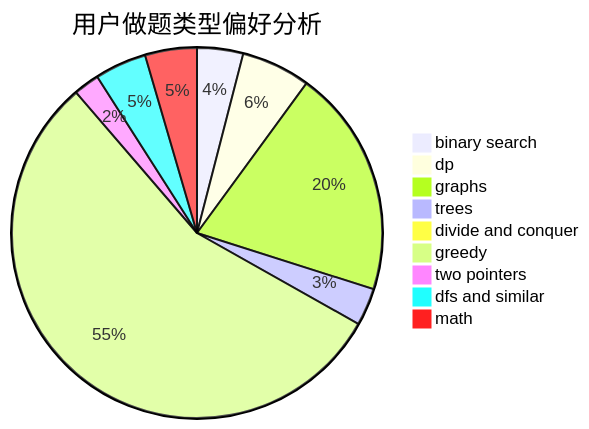
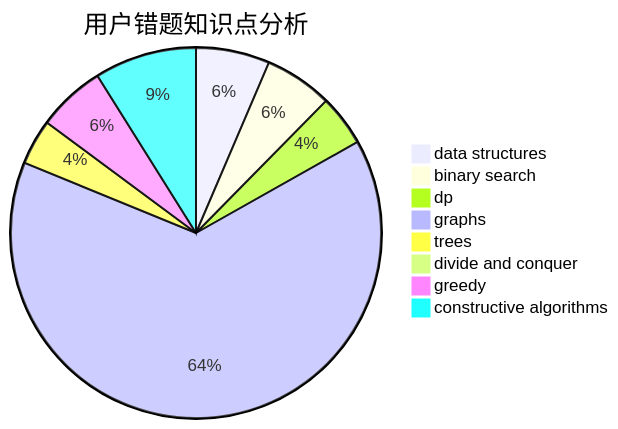
The third of 3 diagrams in docs/user/u265.md (sherpahu/cfrs.github.io), drawn with Mermaid before and after one commit. The commit also changed other lines of this file and 2775 other files, not shown here.

````diff
--- a/docs/user/u265.md
+++ b/docs/user/u265.md
@@ -23,12 +36,11 @@
 ```mermaid
-pie title 用户做题类型偏好分析
-    "binary search" :  16
-    "dp" :  24
-    "graphs" :  79
-    "trees" :  13
-    "divide and conquer" :  1
-    "greedy" :  221
-    "two pointers" :  9
-    "dfs and similar" :  18
-    "math" :  18
+pie title 用户错题知识点分析
+    "data structures" :  13
+    "binary search" :  12
+    "dp" :  9
+    "graphs" :  130
+    "trees" :  8
+    "divide and conquer" :  0
+    "greedy" :  12
+    "constructive algorithms" :  18
 ```
````
